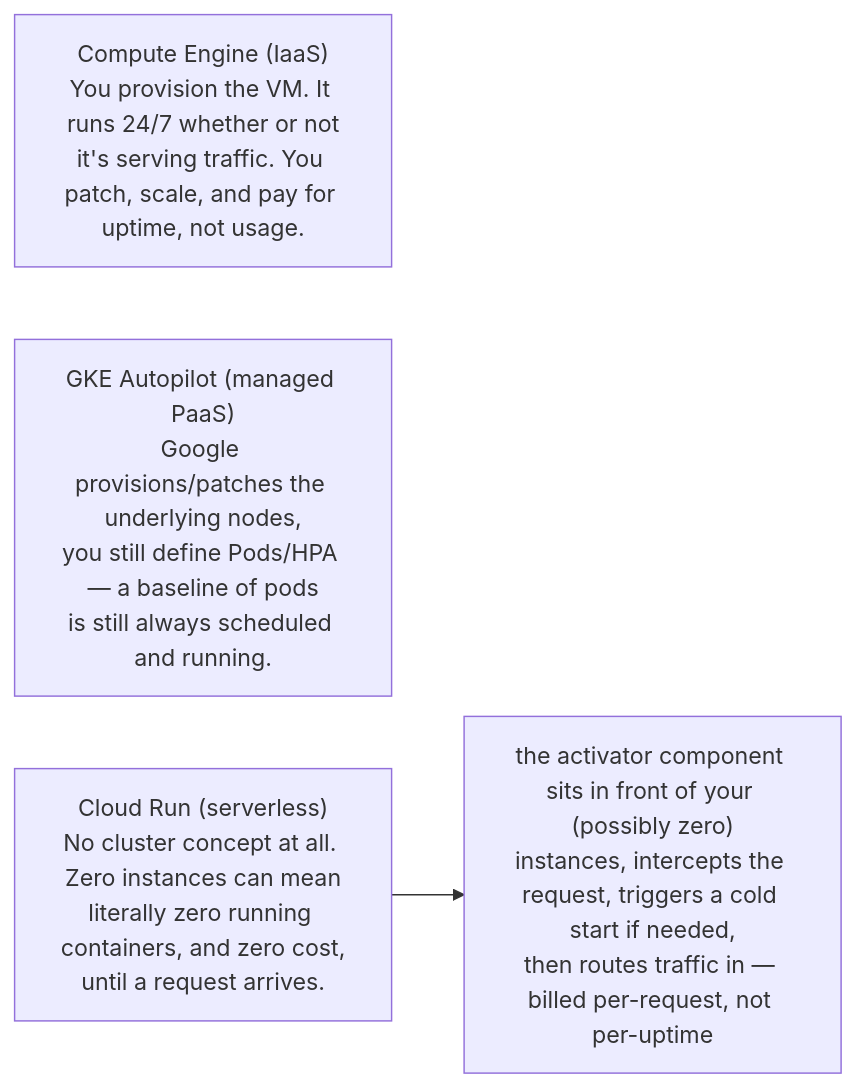
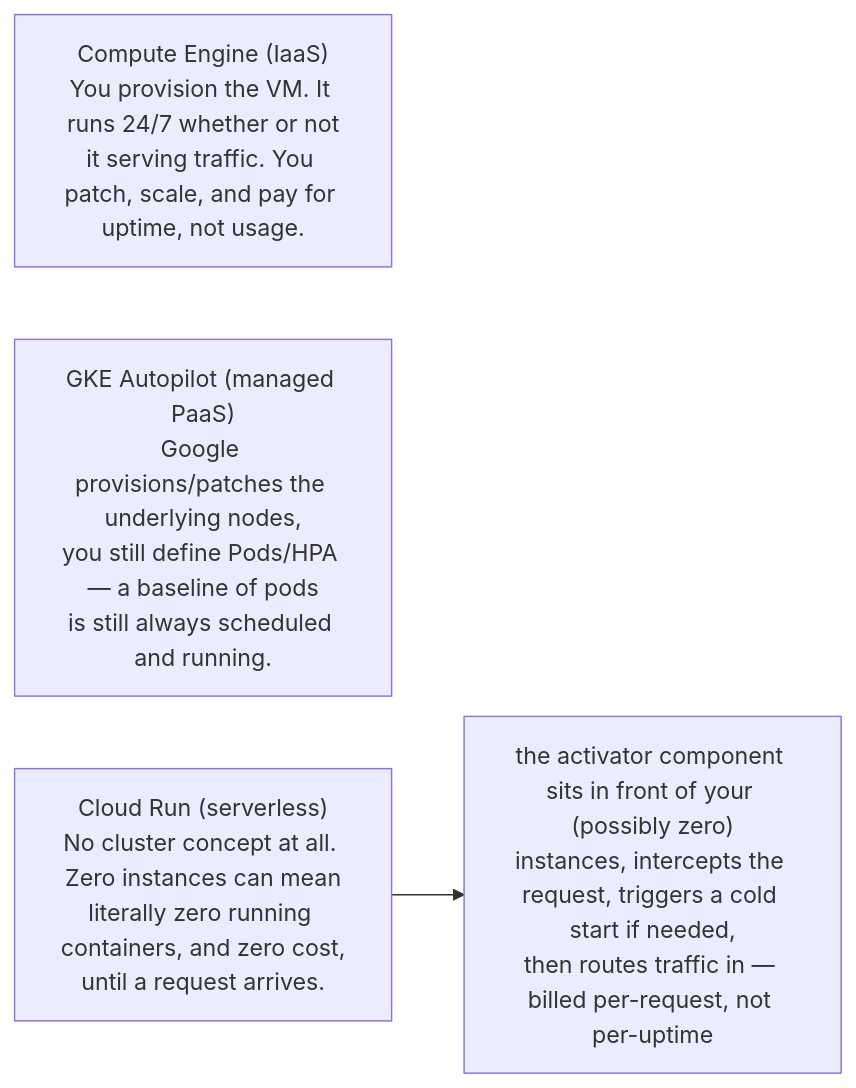
The diagram in _posts/2025-09-14-compute-engine-vs-app-engine-vs-cloud-run.md (mayurjp/dev-blog), drawn with Mermaid before and after one commit. The commit also changed other lines of this file and 27 other files, not shown here.

````diff
--- a/_posts/2025-09-14-compute-engine-vs-app-engine-vs-cloud-run.md
+++ b/_posts/2025-09-14-compute-engine-vs-app-engine-vs-cloud-run.md
@@ -29,7 +26,7 @@
 ```mermaid
 flowchart LR
-    CE["Compute Engine (IaaS)<br/>You provision the VM. It runs 24/7 whether or not<br/>it's serving traffic. You patch, scale, and pay for uptime, not usage."]
+    CE["Compute Engine (IaaS)<br/>You provision the VM. It runs 24/7 whether or not<br/>it serving traffic. You patch, scale, and pay for uptime, not usage."]
     GKE["GKE Autopilot (managed PaaS)<br/>Google provisions/patches the underlying nodes,<br/>you still define Pods/HPA — a baseline of pods<br/>is still always scheduled and running."]
     CR["Cloud Run (serverless)<br/>No cluster concept at all. Zero instances can mean<br/>literally zero running containers, and zero cost,<br/>until a request arrives."]
     CR --> Act["the activator component sits in front of your (possibly zero)<br/>instances, intercepts the request, triggers a cold start if needed,<br/>then routes traffic in — billed per-request, not per-uptime"]
 ```
````
